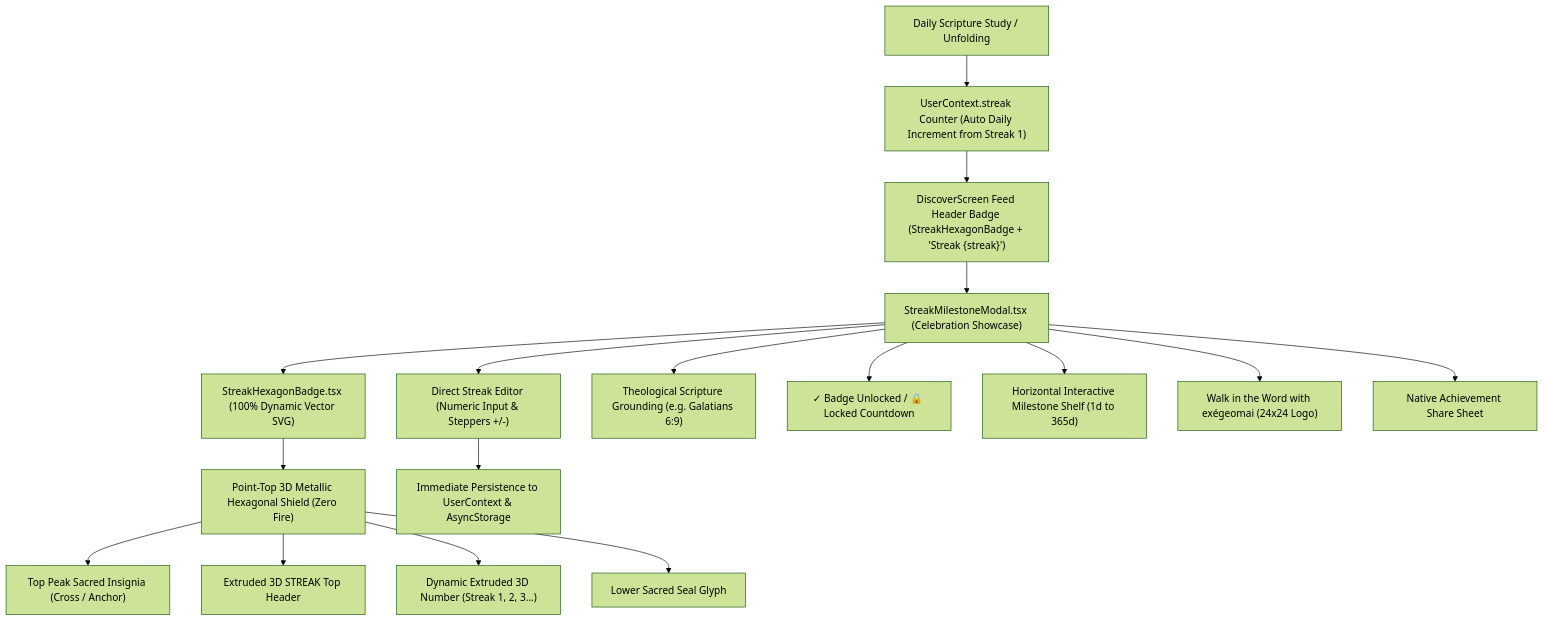
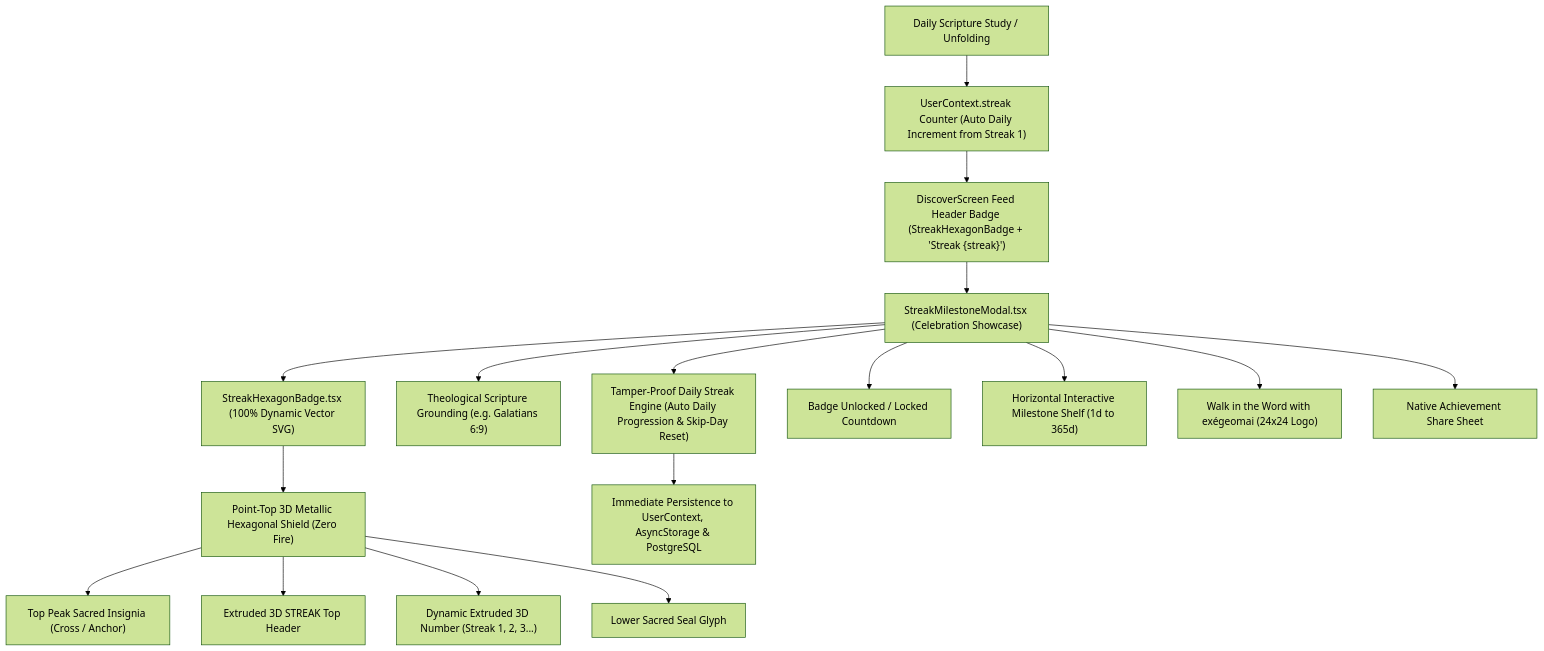
Before and after one commit to thulanesigasa/bible_fun_facts: the fifth of 6 diagrams in README.md, drawn with Mermaid (forest theme). The commit also changed other lines of this file and 4 other files, not shown here.

Commit message:
feat(streak): remove daily streak edit controls to enforce tamper-proof study streak integrity (#396, #397, #398, #399) (#400)

````diff
--- a/README.md
+++ b/README.md
@@ -426,22 +426,22 @@
 ```mermaid
 graph TD
     UserDevotion["Daily Scripture Study / Unfolding"] --> StreakCounter["UserContext.streak Counter (Auto Daily Increment from Streak 1)"]
     StreakCounter --> HeaderTrigger["DiscoverScreen Feed Header Badge (StreakHexagonBadge + 'Streak {streak}')"]
     
     HeaderTrigger --> MilestoneModal["StreakMilestoneModal.tsx (Celebration Showcase)"]
     
     MilestoneModal --> HexBadge["StreakHexagonBadge.tsx (100% Dynamic Vector SVG)"]
     HexBadge --> MetallicShield["Point-Top 3D Metallic Hexagonal Shield (Zero Fire)"]
     MetallicShield --> SacredInsignia["Top Peak Sacred Insignia (Cross / Anchor)"]
     MetallicShield --> ExtrudedBanner["Extruded 3D STREAK Top Header"]
     MetallicShield --> ExtrudedNumber["Dynamic Extruded 3D Number (Streak 1, 2, 3...)"]
     MetallicShield --> LowerSeal["Lower Sacred Seal Glyph"]
     
-    MilestoneModal --> EditableControls["Direct Streak Editor (Numeric Input & Steppers +/-)"]
-    EditableControls --> UserContext["Immediate Persistence to UserContext & AsyncStorage"]
     MilestoneModal --> ScriptureAnchor["Theological Scripture Grounding (e.g. Galatians 6:9)"]
-    MilestoneModal --> UnlockStatus["✓ Badge Unlocked / 🔒 Locked Countdown"]
+    MilestoneModal --> TamperProofStreak["Tamper-Proof Daily Streak Engine (Auto Daily Progression & Skip-Day Reset)"]
+    TamperProofStreak --> UserContext["Immediate Persistence to UserContext, AsyncStorage & PostgreSQL"]
+    MilestoneModal --> UnlockStatus["Badge Unlocked / Locked Countdown"]
     MilestoneModal --> MilestoneShelf["Horizontal Interactive Milestone Shelf (1d to 365d)"]
     MilestoneModal --> BrandFooter["Walk in the Word with exégeomai (24x24 Logo)"]
     MilestoneModal --> NativeShare["Native Achievement Share Sheet"]
 ```
````
